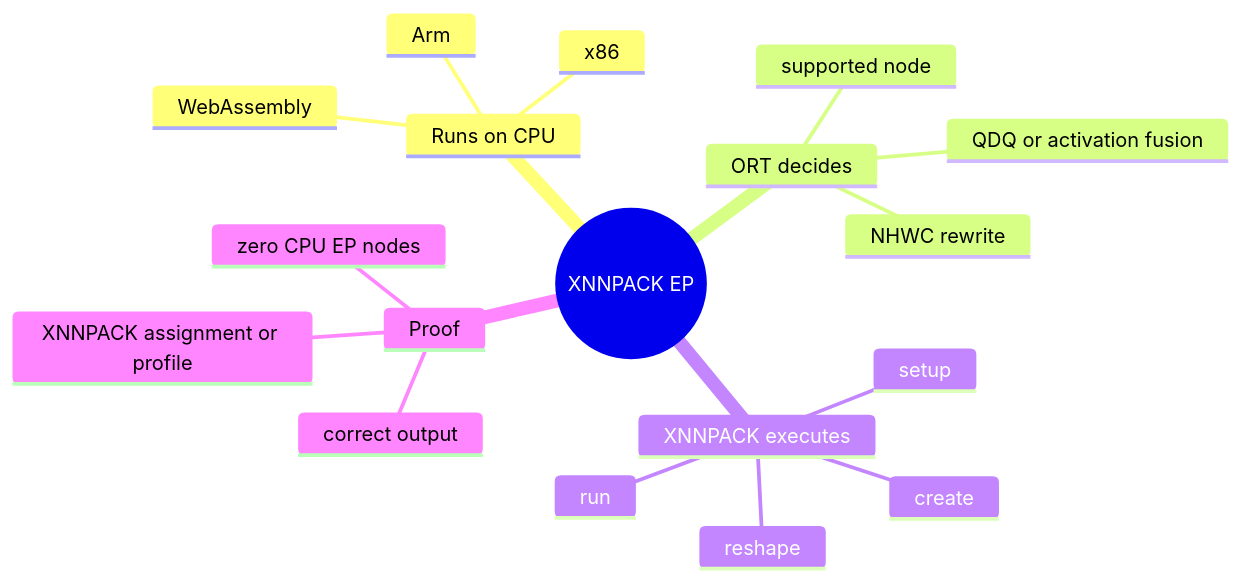
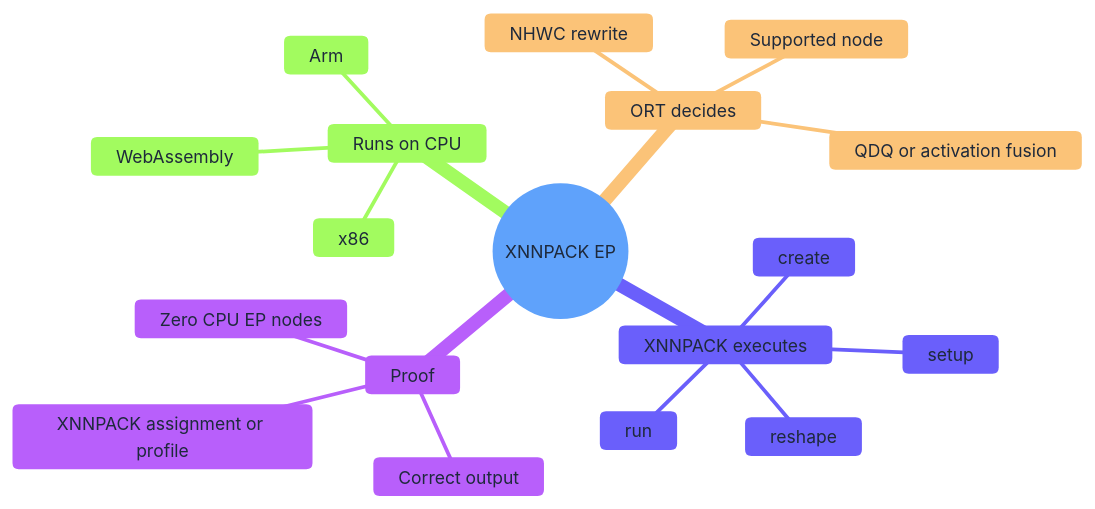
Before and after one commit to DakeQQ/Tutorial-ONNX-Runtime-Execution-Providers: the third of 11 diagrams in XNNPACK/README.md, drawn with Mermaid. The commit also changed other lines of this file and 15 other files, not shown here.

````diff
--- a/XNNPACK/README.md
+++ b/XNNPACK/README.md
@@ -99,22 +125,22 @@
 ```mermaid
-%%{init: {"themeCSS": ".mindmap-node text { fill: #20242b !important; } .mindmap-node span { color: #20242b !important; }"}}%%
+%%{init: {"theme":"base","themeVariables":{"fontSize":"14px","primaryColor":"#dbeafe","primaryTextColor":"#1e293b","primaryBorderColor":"#3b82f6","lineColor":"#94a3b8"},"themeCSS":".mindmap-node text{fill:#1e293b !important;} .mindmap-node span{color:#1e293b !important;}"}}%%
 mindmap
     root((XNNPACK EP))
         Runs on CPU
             Arm
             x86
             WebAssembly
         ORT decides
-            supported node
+            Supported node
             NHWC rewrite
             QDQ or activation fusion
         XNNPACK executes
             create
             reshape
             setup
             run
         Proof
-            correct output
+            Correct output
             XNNPACK assignment or profile
-            zero CPU EP nodes
+            Zero CPU EP nodes
 ```
````
